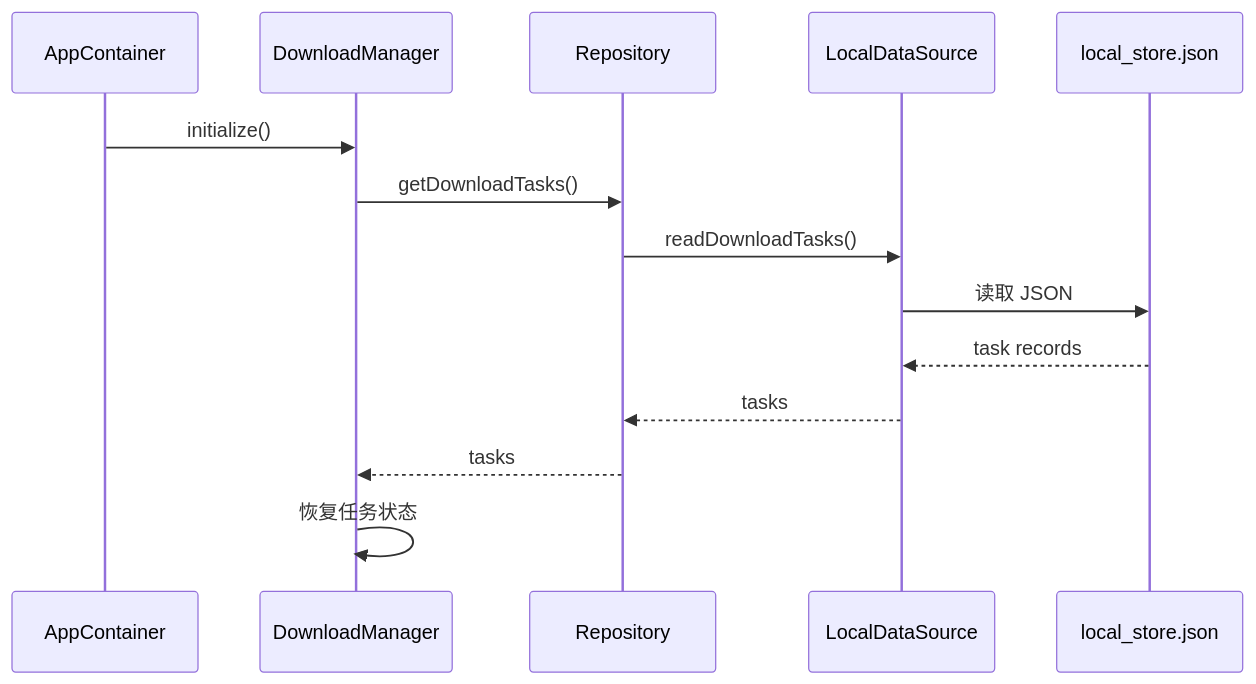
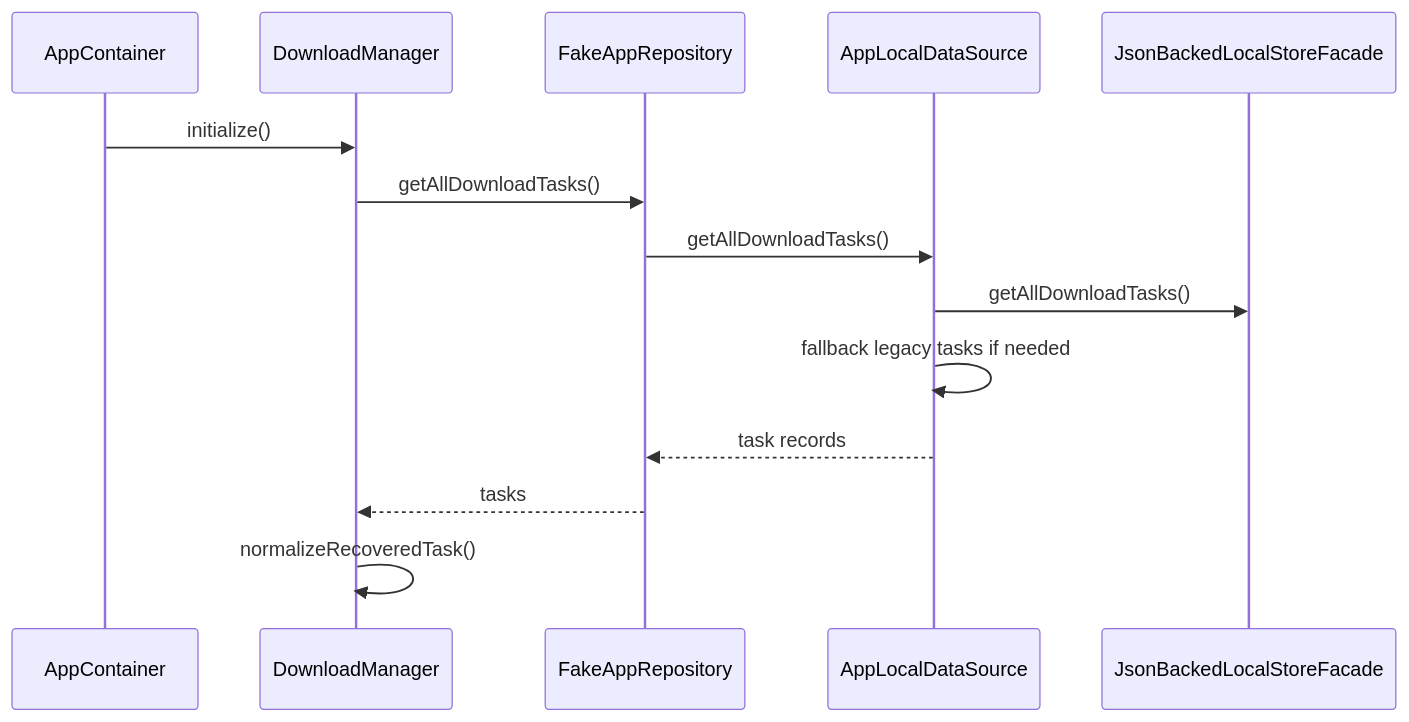
Before and after one commit to XZQ/CarAppStore: the fourth of 4 diagrams in docs/15-Repository架构与流程.md, drawn with Mermaid. The commit also changed other lines of this file and 35 other files, not shown here.

Commit message:
docs: reorganize architecture docs and handoff guide

````diff
--- a/docs/15-Repository架构与流程.md
+++ b/docs/15-Repository架构与流程.md
@@ -97,17 +127,17 @@
 ```mermaid
 sequenceDiagram
 participant APP as AppContainer
 participant DM as DownloadManager
-participant REPO as Repository
-participant LOCAL as LocalDataSource
-participant STORE as local_store.json
+participant REPO as FakeAppRepository
+participant LOCAL as AppLocalDataSource
+participant FACADE as JsonBackedLocalStoreFacade
 
 APP->>DM: initialize()
-DM->>REPO: getDownloadTasks()
-REPO->>LOCAL: readDownloadTasks()
-LOCAL->>STORE: 读取 JSON
-STORE-->>LOCAL: task records
-LOCAL-->>REPO: tasks
+DM->>REPO: getAllDownloadTasks()
+REPO->>LOCAL: getAllDownloadTasks()
+LOCAL->>FACADE: getAllDownloadTasks()
+LOCAL->>LOCAL: fallback legacy tasks if needed
+LOCAL-->>REPO: task records
 REPO-->>DM: tasks
-DM->>DM: 恢复任务状态
+DM->>DM: normalizeRecoveredTask()
 ```
````
